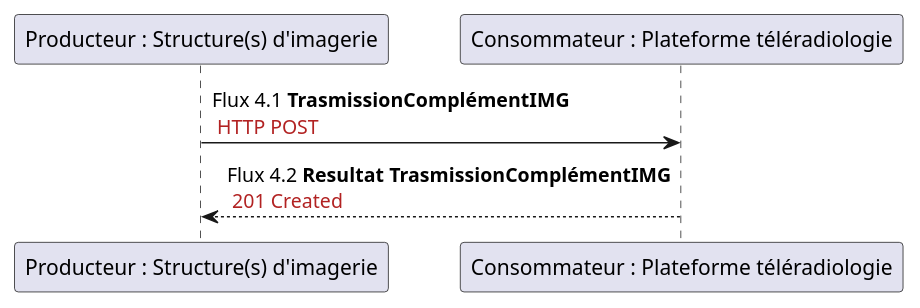
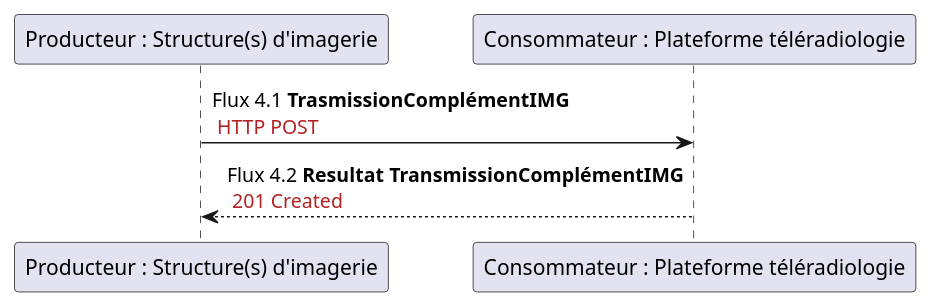
Before and after one commit to ansforge/interop-ig-hl7v2-teleradiologie: the diagram in input/images-source/flux4.plantuml, drawn with PlantUML.

```diff
--- a/input/images-source/flux4.plantuml
+++ b/input/images-source/flux4.plantuml
@@ -1,5 +1,5 @@
 @startuml
 
 "Producteur : Structure(s) d'imagerie" -> "Consommateur : Plateforme téléradiologie" : Flux 4.1 **TrasmissionComplémentIMG** \n <color #FireBrick>HTTP POST</color>
-"Producteur : Structure(s) d'imagerie" <-- "Consommateur : Plateforme téléradiologie" : Flux 4.2 **Resultat TrasmissionComplémentIMG**\n <color #FireBrick>201 Created</color>
+"Producteur : Structure(s) d'imagerie" <-- "Consommateur : Plateforme téléradiologie" : Flux 4.2 **Resultat TransmissionComplémentIMG**\n <color #FireBrick>201 Created</color>
 @enduml
```
